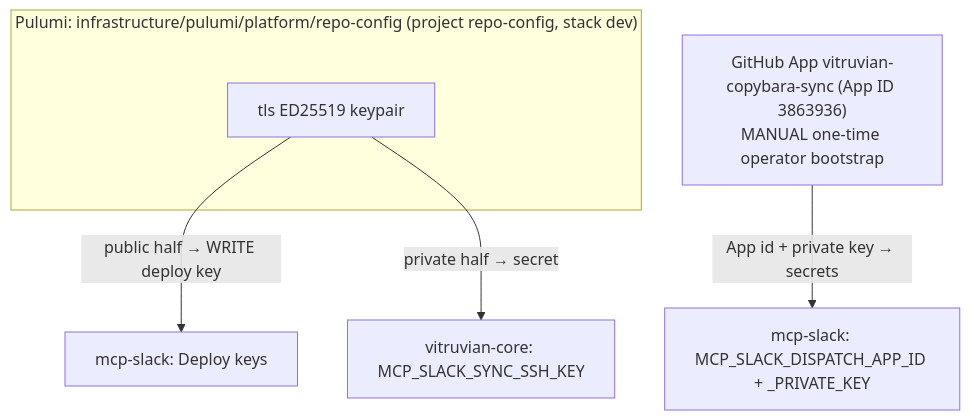
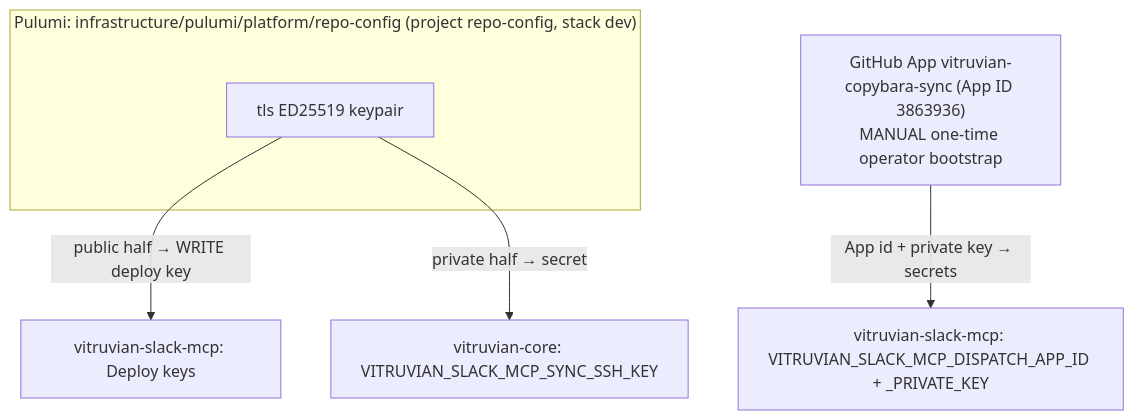
The fifth of 7 diagrams in docs/admin/copybara-sync.md (VitruvianSoftware/vitruvian-core), drawn with Mermaid before and after one commit. The commit also changed other lines of this file and 108 other files, not shown here.

Commit message:
refactor(relay): rename Relay, Slack MCP and Roborock MCP to Vitruvian names

````diff
--- a/docs/admin/copybara-sync.md
+++ b/docs/admin/copybara-sync.md
@@ -212,10 +212,10 @@
 ```mermaid
 flowchart TD
     subgraph P["Pulumi: infrastructure/pulumi/platform/repo-config (project repo-config, stack dev)"]
         key["tls ED25519 keypair"]
     end
-    key -- "public half → WRITE deploy key" --> msk["mcp-slack: Deploy keys"]
-    key -- "private half → secret" --> vck["vitruvian-core: MCP_SLACK_SYNC_SSH_KEY"]
+    key -- "public half → WRITE deploy key" --> msk["vitruvian-slack-mcp: Deploy keys"]
+    key -- "private half → secret" --> vck["vitruvian-core: VITRUVIAN_SLACK_MCP_SYNC_SSH_KEY"]
     app["GitHub App vitruvian-copybara-sync (App ID 3863936)<br/>MANUAL one-time operator bootstrap"]
-    app -- "App id + private key → secrets" --> mss["mcp-slack: MCP_SLACK_DISPATCH_APP_ID + _PRIVATE_KEY"]
+    app -- "App id + private key → secrets" --> mss["vitruvian-slack-mcp: VITRUVIAN_SLACK_MCP_DISPATCH_APP_ID + _PRIVATE_KEY"]
 ```
````
